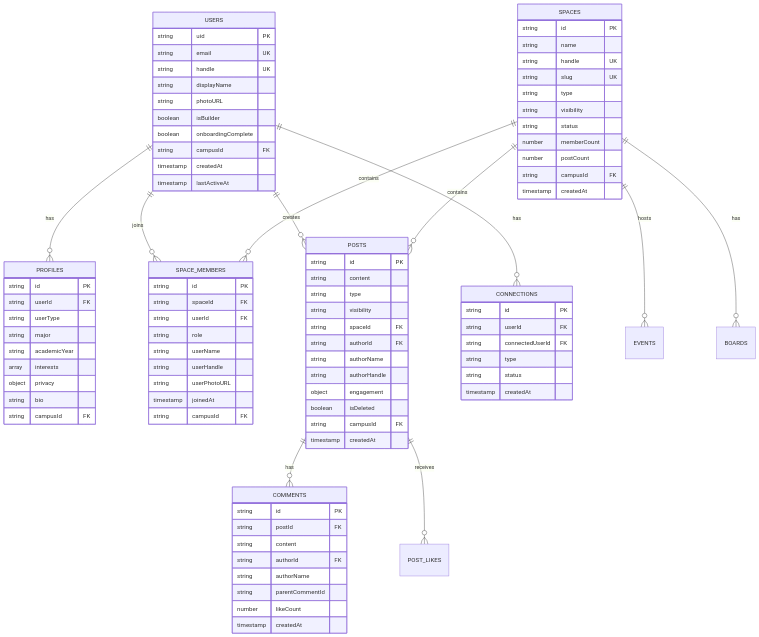
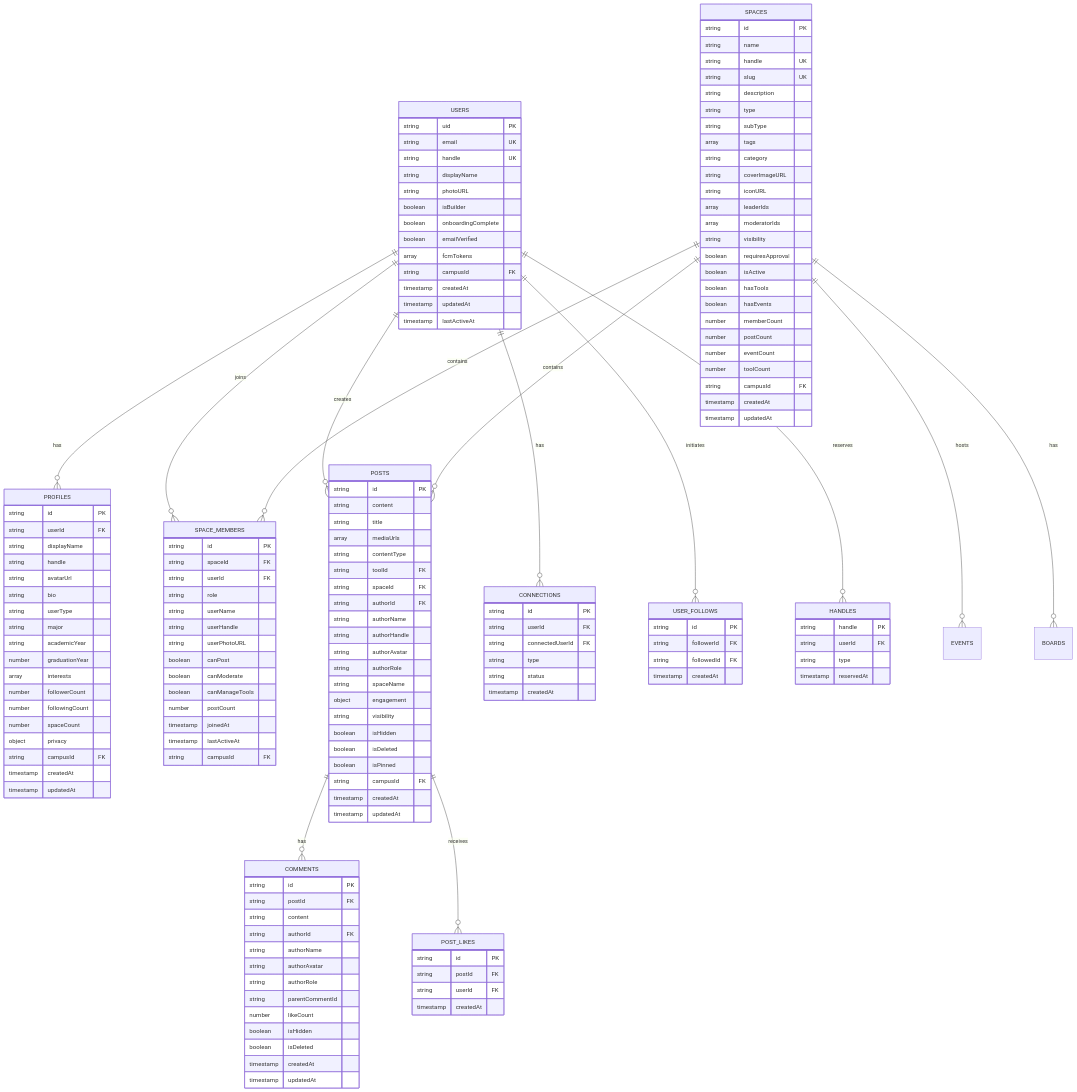
The first of 11 diagrams in docs/ERD.md (rhinehart514/HIVE_OFFICIAL), drawn with Mermaid before and after one commit. The commit also changed other lines of this file, not shown here.

First line of the commit message:
docs: Comprehensive ERD overhaul — 11 diagrams, 50+ collections

````diff
--- a/docs/ERD.md
+++ b/docs/ERD.md
@@ -22,6 +23,8 @@
     USERS ||--o{ SPACE_MEMBERS : joins
     USERS ||--o{ POSTS : creates
     USERS ||--o{ CONNECTIONS : has
+    USERS ||--o{ USER_FOLLOWS : initiates
+    USERS ||--o{ HANDLES : reserves
 
     SPACES ||--o{ SPACE_MEMBERS : contains
     SPACES ||--o{ POSTS : contains
@@ -39,21 +42,33 @@
         string photoURL
         boolean isBuilder
         boolean onboardingComplete
+        boolean emailVerified
+        array fcmTokens
         string campusId FK
         timestamp createdAt
+        timestamp updatedAt
         timestamp lastActiveAt
     }
 
     PROFILES {
         string id PK
         string userId FK
+        string displayName
+        string handle
+        string avatarUrl
+        string bio
         string userType
         string major
         string academicYear
+        number graduationYear
         array interests
+        number followerCount
+        number followingCount
+        number spaceCount
         object privacy
-        string bio
         string campusId FK
+        timestamp createdAt
+        timestamp updatedAt
     }
 
     SPACES {
@@ -61,13 +76,27 @@
         string name
         string handle UK
         string slug UK
+        string description
         string type
+        string subType
+        array tags
+        string category
+        string coverImageURL
+        string iconURL
+        array leaderIds
+        array moderatorIds
         string visibility
-        string status
+        boolean requiresApproval
+        boolean isActive
+        boolean hasTools
+        boolean hasEvents
         number memberCount
         number postCount
+        number eventCount
+        number toolCount
         string campusId FK
         timestamp createdAt
+        timestamp updatedAt
     }
 
     SPACE_MEMBERS {
@@ -78,23 +107,37 @@
         string userName
         string userHandle
         string userPhotoURL
+        boolean canPost
+        boolean canModerate
+        boolean canManageTools
+        number postCount
         timestamp joinedAt
+        timestamp lastActiveAt
         string campusId FK
     }
 
     POSTS {
         string id PK
         string content
-        string type
-        string visibility
+        string title
+        array mediaUrls
+        string contentType
+        string toolId FK
         string spaceId FK
         string authorId FK
         string authorName
         string authorHandle
+        string authorAvatar
+        string authorRole
+        string spaceName
         object engagement
+        string visibility
+        boolean isHidden
         boolean isDeleted
+        boolean isPinned
         string campusId FK
         timestamp createdAt
+        timestamp updatedAt
     }
 
     COMMENTS {
@@ -103,8 +146,20 @@
         string content
         string authorId FK
         string authorName
+        string authorAvatar
+        string authorRole
         string parentCommentId
         number likeCount
+        boolean isHidden
+        boolean isDeleted
+        timestamp createdAt
+        timestamp updatedAt
+    }
+
+    POST_LIKES {
+        string id PK
+        string postId FK
+        string userId FK
         timestamp createdAt
     }
 
@@ -116,4 +171,18 @@
         string status
         timestamp createdAt
     }
+
+    HANDLES {
+        string handle PK
+        string userId FK
+        string type
+        timestamp reservedAt
+    }
+
+    USER_FOLLOWS {
+        string id PK
+        string followerId FK
+        string followedId FK
+        timestamp createdAt
+    }
 ```
````
